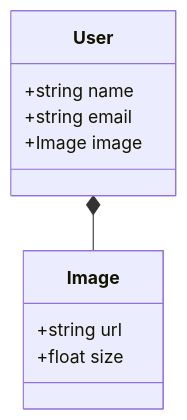
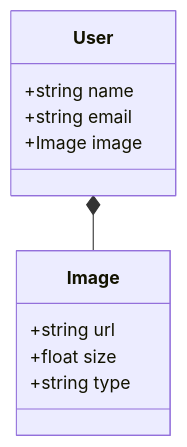
Before and after one commit to haeussma/test_failed_action: the diagram in user/schemes/user_schema.md, drawn with Mermaid. The commit also changed 5 other files, not shown here.

````diff
--- a/user/schemes/user_schema.md
+++ b/user/schemes/user_schema.md
@@ -1,16 +1,17 @@
 ```mermaid
 classDiagram
     User *-- Image
     
     class User {
         +string name
         +string email
         +Image image
     }
     
     class Image {
         +string url
         +float size
+        +string type
     }
     
 ```
````
